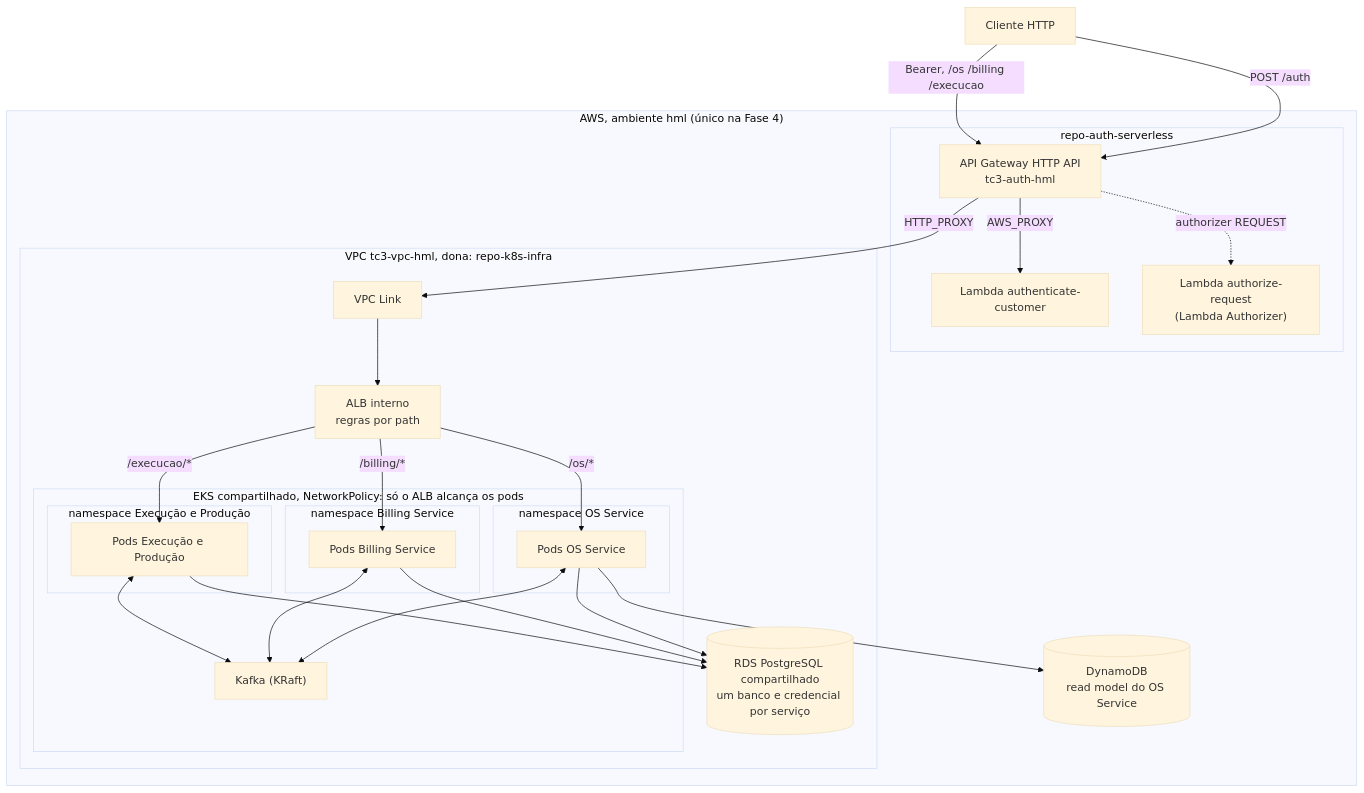
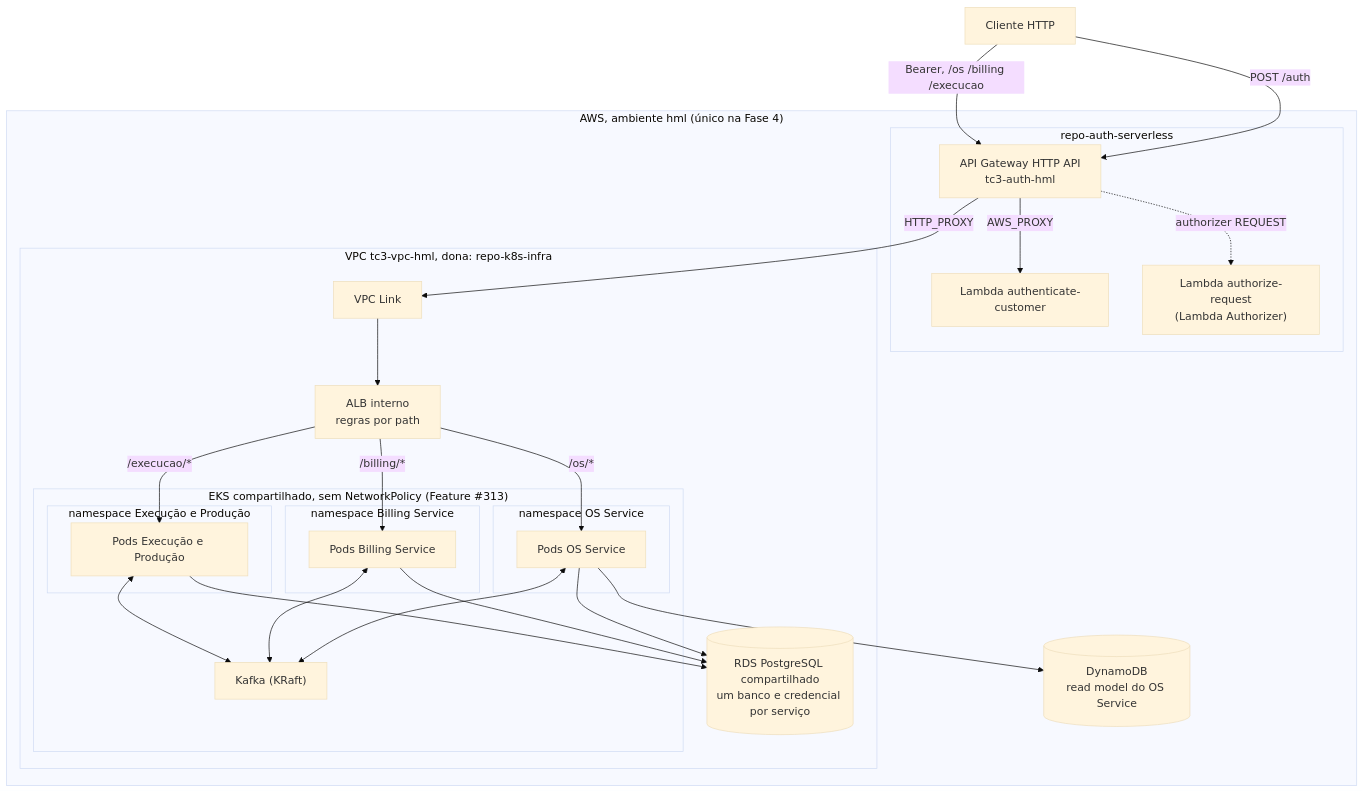
Before and after one commit to Async-And-Furious/async-furious-project: the diagram in docs/architecture/edge-topology.md, drawn with Mermaid (base theme). The commit also changed other lines of this file and 5 other files, not shown here.

````diff
--- a/docs/architecture/edge-topology.md
+++ b/docs/architecture/edge-topology.md
@@ -10,47 +10,47 @@
 ```mermaid
 flowchart TB
     client["Cliente HTTP"]
 
     subgraph AWS["AWS, ambiente hml (único na Fase 4)"]
         subgraph Edge["repo-auth-serverless"]
             apigw["API Gateway HTTP API<br/>tc3-auth-hml"]
             authFn["Lambda authenticate-customer"]
             authzFn["Lambda authorize-request<br/>(Lambda Authorizer)"]
         end
 
         subgraph VPC["VPC tc3-vpc-hml, dona: repo-k8s-infra"]
             link["VPC Link"]
             alb["ALB interno<br/>regras por path"]
-            subgraph EKS["EKS compartilhado, NetworkPolicy: só o ALB alcança os pods"]
+            subgraph EKS["EKS compartilhado, sem NetworkPolicy (Feature #313)"]
                 subgraph nsOs["namespace OS Service"]
                     os["Pods OS Service"]
                 end
                 subgraph nsBill["namespace Billing Service"]
                     bill["Pods Billing Service"]
                 end
                 subgraph nsExec["namespace Execução e Produção"]
                     exec["Pods Execução e Produção"]
                 end
                 kafka["Kafka (KRaft)"]
             end
             rds[("RDS PostgreSQL compartilhado<br/>um banco e credencial por serviço")]
         end
         ddb[("DynamoDB<br/>read model do OS Service")]
     end
 
     client -->|"POST /auth"| apigw
     apigw -->|AWS_PROXY| authFn
     client -->|"Bearer, /os /billing /execucao"| apigw
     apigw -.->|authorizer REQUEST| authzFn
     apigw -->|HTTP_PROXY| link --> alb
     alb -->|"/os/*"| os
     alb -->|"/billing/*"| bill
     alb -->|"/execucao/*"| exec
     os --> rds
     bill --> rds
     exec --> rds
     os --> ddb
     os <--> kafka
     bill <--> kafka
     exec <--> kafka
 ```
````
